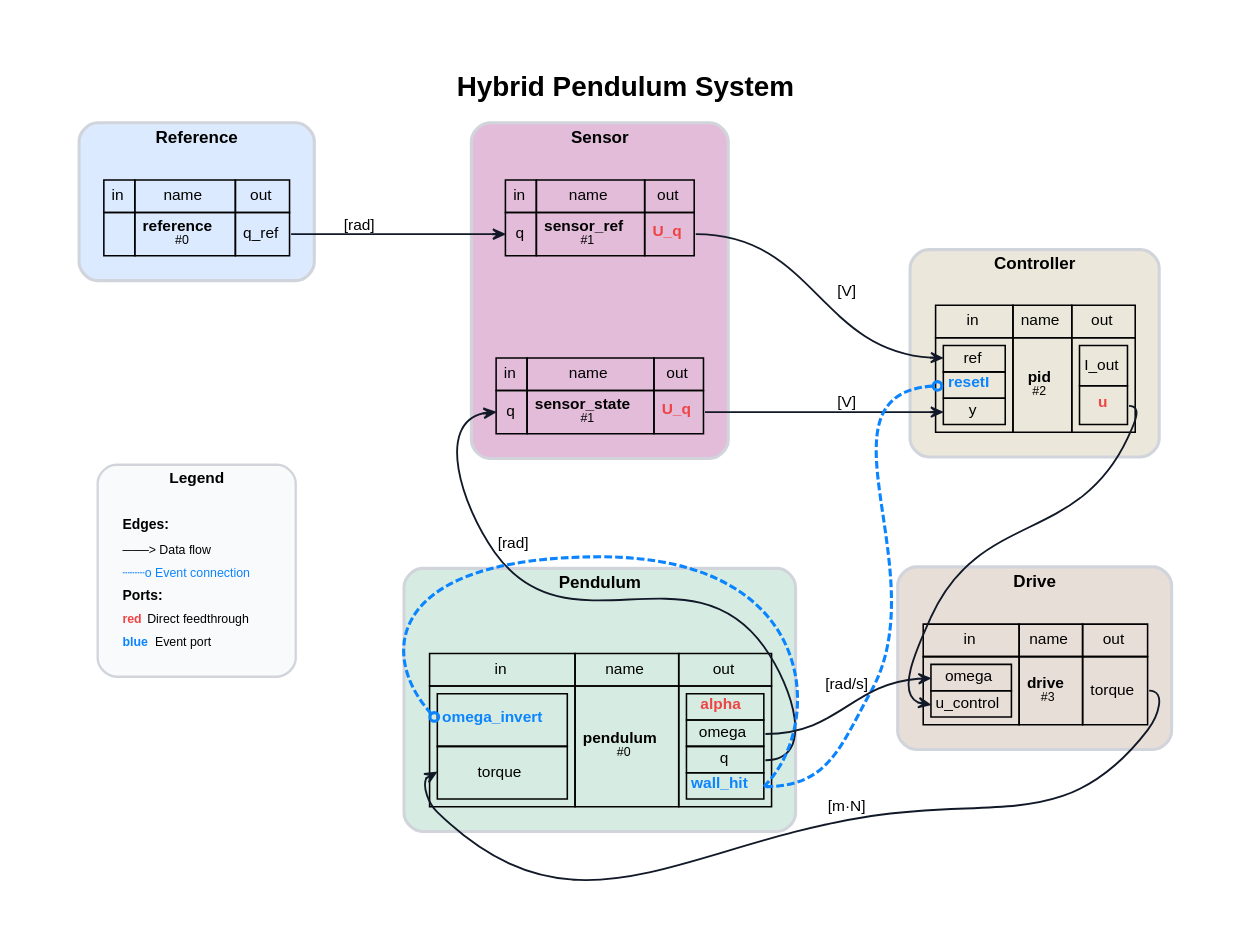
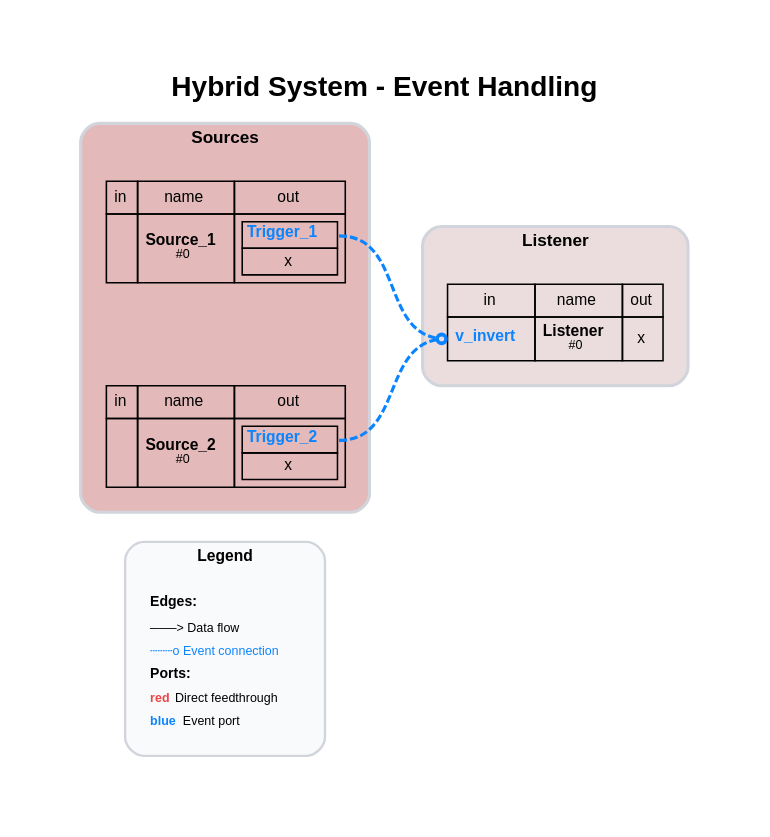
The diagram in demos/ControlledPendulum/MyModels/Hybrid/Digraph.gv (FlorianFrech/SystemSimulation), drawn with Graphviz before and after one commit. The commit also changed 43 other files, not shown here.

Commit message:
Hybrid Co-SImulation: - Added Comparision: Monolithic vs. Co-SImulation for Hybrid Pendulum - Hybrid FEM Pendulum with snapshot state and restore state (full internal state with old and current grid functions for u, v, and a are provided in state snapshot)

```diff
--- a/demos/ControlledPendulum/MyModels/Hybrid/Digraph.gv
+++ b/demos/ControlledPendulum/MyModels/Hybrid/Digraph.gv
@@ -1,49 +1,30 @@
-// System: Hybrid Pendulum System
+// System: Hybrid System - Event Handling
 digraph {
-	graph [bgcolor=white compound=true esep=0 fontname="Helvetica-Bold" fontsize=18 label="Hybrid Pendulum System" labelloc=t margin=0.2 nodesep=0.8 pad=0.5 rankdir=LR ranksep=0.8 sep=0 splines=true]
+	graph [bgcolor=white compound=true esep=0 fontname="Helvetica-Bold" fontsize=18 label="Hybrid System - Event Handling" labelloc=t margin=0.2 nodesep=0.8 pad=0.5 rankdir=LR ranksep=0.8 sep=0 splines=true]
 	node [fillcolor=white fontname=Helvetica fontsize=10 margin="0.05,0.05" shape=plaintext style=""]
 	edge [arrowhead=vee arrowsize=0.7 arrowtail=none color="#111827" dir=forward fontname=Helvetica fontsize=10 labelangle=45 labelfontcolor="#374151" minlen=1.2 penwidth=1.2]
 	subgraph cluster_legend {
 		bgcolor="#f9fafb" color="#d1d5db" fontname="Helvetica-Bold" fontsize=10 label=Legend margin=8 penwidth=1.5 rank=sink style=rounded
 		legend_node [label=<
             <TABLE BORDER="0" CELLBORDER="0" CELLSPACING="2" CELLPADDING="2">
                 <TR><TD ALIGN="LEFT"><FONT POINT-SIZE="9"><B>Edges:</B></FONT></TD></TR>
                 <TR><TD ALIGN="LEFT"><FONT POINT-SIZE="8">───&gt; Data flow</FONT></TD></TR>
                 <TR><TD ALIGN="LEFT"><FONT POINT-SIZE="8" COLOR="#0b84ff">┄┄┄o Event connection</FONT></TD></TR>
                 <TR><TD ALIGN="LEFT"><FONT POINT-SIZE="9"><B>Ports:</B></FONT></TD></TR>
                 <TR><TD ALIGN="LEFT"><FONT POINT-SIZE="8" COLOR="#ef4444"><B>red</B></FONT> Direct feedthrough</TD></TR>
                 <TR><TD ALIGN="LEFT"><FONT POINT-SIZE="8" COLOR="#0b84ff"><B>blue</B></FONT> Event port</TD></TR>
             </TABLE>
             > fontsize=8 shape=plaintext]
 	}
-	subgraph cluster_Reference {
-		bgcolor="#dbeafe" color="#d1d5db" fontname="Helvetica-Bold" fontsize=11 label=Reference margin=12 penwidth=2 style=rounded
-		reference [label=<<TABLE BORDER="0" CELLBORDER="1" CELLSPACING="0" CELLPADDING="4"><TR><TD>in</TD><TD>name</TD><TD>out</TD></TR><TR><TD></TD><TD><B>reference</B><BR/><FONT POINT-SIZE="8">#0</FONT></TD><TD PORT="q_ref">q_ref</TD></TR></TABLE>>]
+	subgraph cluster_Sources {
+		bgcolor="#e3b9b9" color="#d1d5db" fontname="Helvetica-Bold" fontsize=11 label=Sources margin=12 penwidth=2 style=rounded
+		Source_1 [label=<<TABLE BORDER="0" CELLBORDER="1" CELLSPACING="0" CELLPADDING="4"><TR><TD>in</TD><TD>name</TD><TD>out</TD></TR><TR><TD></TD><TD><B>Source_1</B><BR/><FONT POINT-SIZE="8">#0</FONT></TD><TD><TABLE BORDER="0" CELLBORDER="1" CELLSPACING="0" CELLPADDING="2"><TR><TD PORT="Trigger_1"><FONT COLOR="#0b84ff"><B>Trigger_1</B></FONT></TD></TR><TR><TD PORT="x">x</TD></TR></TABLE></TD></TR></TABLE>>]
+		Source_2 [label=<<TABLE BORDER="0" CELLBORDER="1" CELLSPACING="0" CELLPADDING="4"><TR><TD>in</TD><TD>name</TD><TD>out</TD></TR><TR><TD></TD><TD><B>Source_2</B><BR/><FONT POINT-SIZE="8">#0</FONT></TD><TD><TABLE BORDER="0" CELLBORDER="1" CELLSPACING="0" CELLPADDING="2"><TR><TD PORT="Trigger_2"><FONT COLOR="#0b84ff"><B>Trigger_2</B></FONT></TD></TR><TR><TD PORT="x">x</TD></TR></TABLE></TD></TR></TABLE>>]
 	}
-	subgraph cluster_Sensor {
-		bgcolor="#e2bcd9" color="#d1d5db" fontname="Helvetica-Bold" fontsize=11 label=Sensor margin=12 penwidth=2 style=rounded
-		sensor_ref [label=<<TABLE BORDER="0" CELLBORDER="1" CELLSPACING="0" CELLPADDING="4"><TR><TD>in</TD><TD>name</TD><TD>out</TD></TR><TR><TD PORT="q">q</TD><TD><B>sensor_ref</B><BR/><FONT POINT-SIZE="8">#1</FONT></TD><TD PORT="U_q"><FONT COLOR="#ef4444"><B>U_q</B></FONT></TD></TR></TABLE>>]
-		sensor_state [label=<<TABLE BORDER="0" CELLBORDER="1" CELLSPACING="0" CELLPADDING="4"><TR><TD>in</TD><TD>name</TD><TD>out</TD></TR><TR><TD PORT="q">q</TD><TD><B>sensor_state</B><BR/><FONT POINT-SIZE="8">#1</FONT></TD><TD PORT="U_q"><FONT COLOR="#ef4444"><B>U_q</B></FONT></TD></TR></TABLE>>]
+	subgraph cluster_Listener {
+		bgcolor="#ebdddd" color="#d1d5db" fontname="Helvetica-Bold" fontsize=11 label=Listener margin=12 penwidth=2 style=rounded
+		Listener [label=<<TABLE BORDER="0" CELLBORDER="1" CELLSPACING="0" CELLPADDING="4"><TR><TD>in</TD><TD>name</TD><TD>out</TD></TR><TR><TD PORT="v_invert"><FONT COLOR="#0b84ff"><B>v_invert</B></FONT></TD><TD><B>Listener</B><BR/><FONT POINT-SIZE="8">#0</FONT></TD><TD PORT="x">x</TD></TR></TABLE>>]
 	}
-	subgraph cluster_Controller {
-		bgcolor="#ebe7da" color="#d1d5db" fontname="Helvetica-Bold" fontsize=11 label=Controller margin=12 penwidth=2 style=rounded
-		pid [label=<<TABLE BORDER="0" CELLBORDER="1" CELLSPACING="0" CELLPADDING="4"><TR><TD>in</TD><TD>name</TD><TD>out</TD></TR><TR><TD><TABLE BORDER="0" CELLBORDER="1" CELLSPACING="0" CELLPADDING="2"><TR><TD PORT="ref">ref</TD></TR><TR><TD PORT="resetI"><FONT COLOR="#0b84ff"><B>resetI</B></FONT></TD></TR><TR><TD PORT="y">y</TD></TR></TABLE></TD><TD><B>pid</B><BR/><FONT POINT-SIZE="8">#2</FONT></TD><TD><TABLE BORDER="0" CELLBORDER="1" CELLSPACING="0" CELLPADDING="2"><TR><TD PORT="I_out">I_out</TD></TR><TR><TD PORT="u"><FONT COLOR="#ef4444"><B>u</B></FONT></TD></TR></TABLE></TD></TR></TABLE>>]
-	}
-	subgraph cluster_Drive {
-		bgcolor="#e8ded8" color="#d1d5db" fontname="Helvetica-Bold" fontsize=11 label=Drive margin=12 penwidth=2 style=rounded
-		drive [label=<<TABLE BORDER="0" CELLBORDER="1" CELLSPACING="0" CELLPADDING="4"><TR><TD>in</TD><TD>name</TD><TD>out</TD></TR><TR><TD><TABLE BORDER="0" CELLBORDER="1" CELLSPACING="0" CELLPADDING="2"><TR><TD PORT="omega">omega</TD></TR><TR><TD PORT="u_control">u_control</TD></TR></TABLE></TD><TD><B>drive</B><BR/><FONT POINT-SIZE="8">#3</FONT></TD><TD PORT="torque">torque</TD></TR></TABLE>>]
-	}
-	subgraph cluster_Pendulum {
-		bgcolor="#d6ece2" color="#d1d5db" fontname="Helvetica-Bold" fontsize=11 label=Pendulum margin=12 penwidth=2 style=rounded
-		pendulum [label=<<TABLE BORDER="0" CELLBORDER="1" CELLSPACING="0" CELLPADDING="4"><TR><TD>in</TD><TD>name</TD><TD>out</TD></TR><TR><TD><TABLE BORDER="0" CELLBORDER="1" CELLSPACING="0" CELLPADDING="2"><TR><TD PORT="omega_invert"><FONT COLOR="#0b84ff"><B>omega_invert</B></FONT></TD></TR><TR><TD PORT="torque">torque</TD></TR></TABLE></TD><TD><B>pendulum</B><BR/><FONT POINT-SIZE="8">#0</FONT></TD><TD><TABLE BORDER="0" CELLBORDER="1" CELLSPACING="0" CELLPADDING="2"><TR><TD PORT="alpha"><FONT COLOR="#ef4444"><B>alpha</B></FONT></TD></TR><TR><TD PORT="omega">omega</TD></TR><TR><TD PORT="q">q</TD></TR><TR><TD PORT="wall_hit"><FONT COLOR="#0b84ff"><B>wall_hit</B></FONT></TD></TR></TABLE></TD></TR></TABLE>>]
-	}
-	reference -> sensor_ref [label="[rad]" color="#111827" headclip=true headport="q:w" style=solid tailclip=true tailport="q_ref:e"]
-	pendulum -> sensor_state [label="[rad]" color="#111827" headclip=true headport="q:w" style=solid tailclip=true tailport="q:e"]
-	sensor_ref -> pid [label="[V]" color="#111827" headclip=true headport="ref:w" style=solid tailclip=true tailport="U_q:e"]
-	sensor_state -> pid [label="[V]" color="#111827" headclip=true headport="y:w" style=solid tailclip=true tailport="U_q:e"]
-	pid -> drive [label="" color="#111827" headclip=true headport="u_control:w" style=solid tailclip=true tailport="u:e"]
-	drive -> pendulum [label="[m·N]" color="#111827" headclip=true headport="torque:w" style=solid tailclip=true tailport="torque:e"]
-	pendulum -> drive [label="[rad/s]" color="#111827" headclip=true headport="omega:w" style=solid tailclip=true tailport="omega:e"]
-	pendulum -> pid [label="" arrowhead=odot color="#0b84ff" fontcolor="#0b84ff" headclip=true headport="resetI:w" penwidth=2.0 style=dashed tailclip=true tailport="wall_hit:e"]
-	pendulum -> pendulum [label="" arrowhead=odot color="#0b84ff" fontcolor="#0b84ff" headclip=true headport="omega_invert:w" penwidth=2.0 style=dashed tailclip=true tailport="wall_hit:e"]
+	Source_1 -> Listener [label="" arrowhead=odot color="#0b84ff" fontcolor="#0b84ff" headclip=true headport="v_invert:w" penwidth=2.0 style=dashed tailclip=true tailport="Trigger_1:e"]
+	Source_2 -> Listener [label="" arrowhead=odot color="#0b84ff" fontcolor="#0b84ff" headclip=true headport="v_invert:w" penwidth=2.0 style=dashed tailclip=true tailport="Trigger_2:e"]
 }
```
